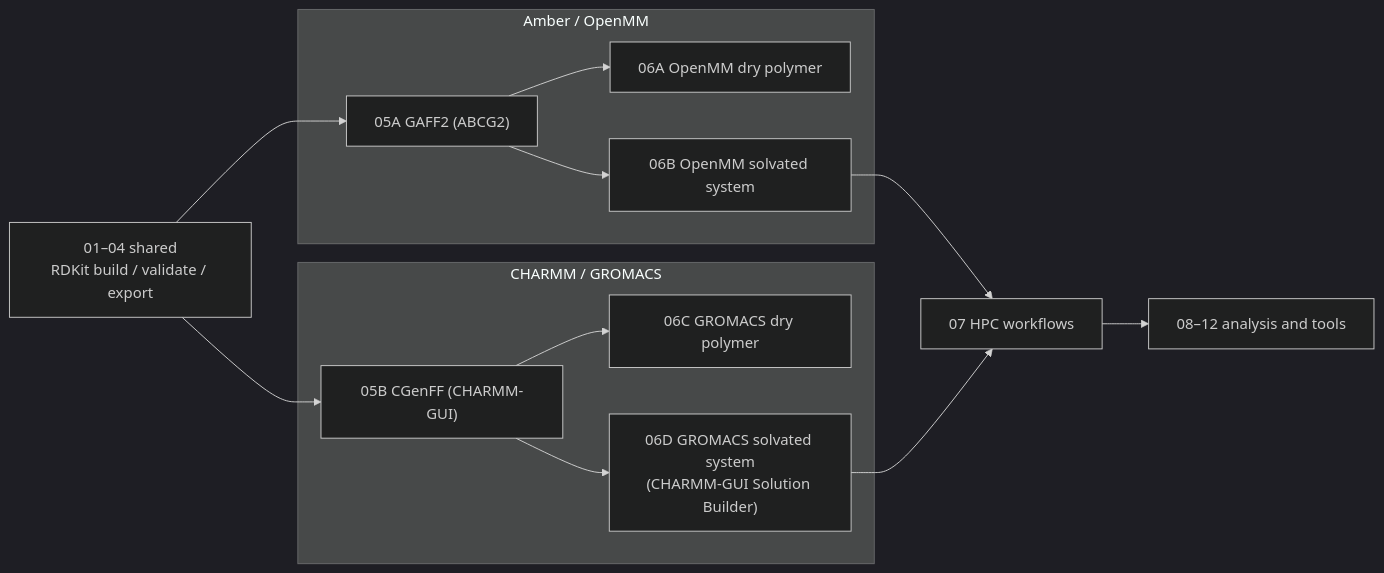
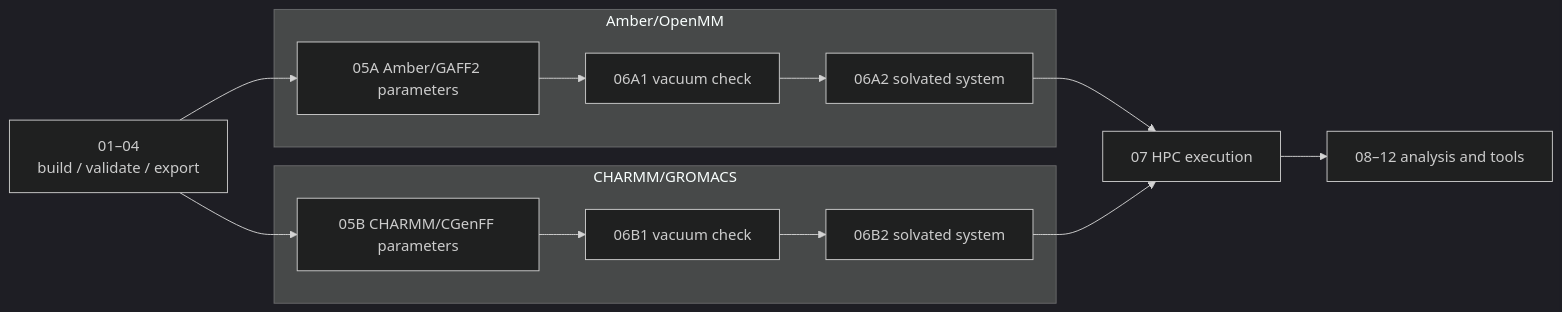
The diagram in notebooks/README.md (DanielYyork/iPHAsimulatorV2), drawn with Mermaid (dark theme) before and after one commit. The commit also changed other lines of this file and 25 other files, not shown here.

````diff
--- a/notebooks/README.md
+++ b/notebooks/README.md
@@ -32,17 +32,15 @@
 ```mermaid
 flowchart LR
-    S["01–04 shared<br/>RDKit build / validate / export"]
-    S --> A5["05A GAFF2 (ABCG2)"]
-    S --> C5["05B CGenFF (CHARMM-GUI)"]
-    subgraph RA["Amber / OpenMM"]
-        A5 --> A6["06A OpenMM dry polymer"]
-        A5 --> A7["06B OpenMM solvated system"]
+    S["01–04<br/>build / validate / export"]
+    S --> A5
+    S --> B5
+    subgraph AO["Amber/OpenMM"]
+        A5["05A Amber/GAFF2 parameters"] --> A61["06A1 vacuum check"] --> A62["06A2 solvated system"]
     end
-    subgraph RC["CHARMM / GROMACS"]
-        C5 --> C6["06C GROMACS dry polymer"]
-        C5 --> C7["06D GROMACS solvated system<br/>(CHARMM-GUI Solution Builder)"]
+    subgraph CG["CHARMM/GROMACS"]
+        B5["05B CHARMM/CGenFF parameters"] --> B61["06B1 vacuum check"] --> B62["06B2 solvated system"]
     end
-    A7 --> H["07 HPC workflows"]
-    C7 --> H
+    A62 --> H["07 HPC execution"]
+    B62 --> H
     H --> X["08–12 analysis and tools"]
 ```
````
